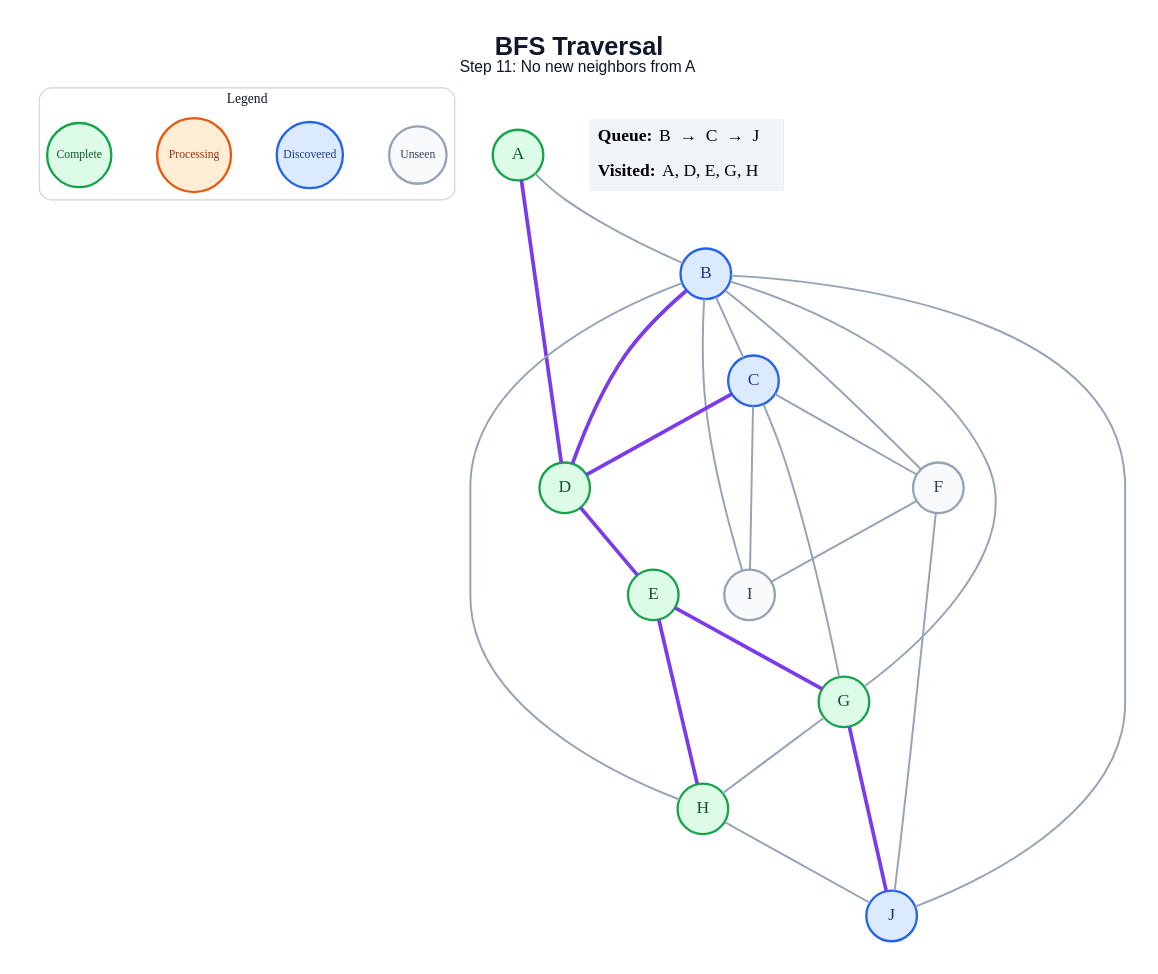
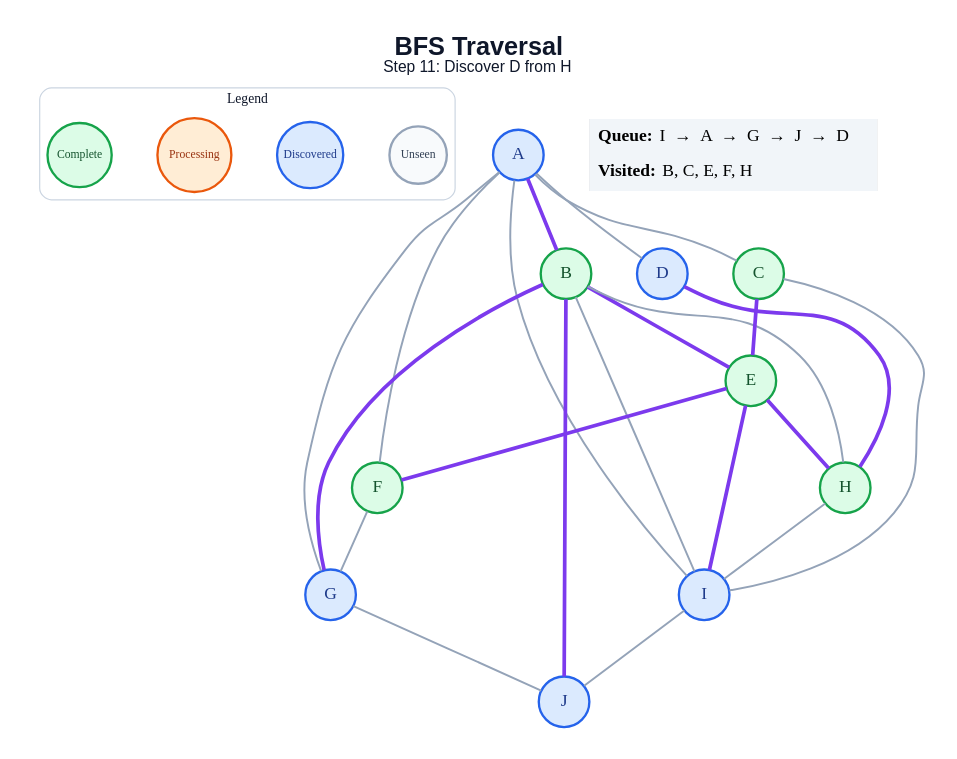
Before and after one commit to amanghodawala9/ai-slop: the diagram in generated/specific-node/bfs/step_11.dot, drawn with Graphviz. The commit also changed 178 other files, not shown here.

```diff
--- a/generated/specific-node/bfs/step_11.dot
+++ b/generated/specific-node/bfs/step_11.dot
@@ -1,50 +1,50 @@
 graph traversal {
   graph [layout=dot, rankdir=TB, bgcolor="#FFFFFF", pad="0.35", nodesep="0.65", ranksep="0.8", fontname="Arial"];
   node [shape=circle, style="filled", fontname="Arial Bold", fontsize=18, width=0.72, fixedsize=true, penwidth=2.4];
   edge [color="#94A3B8", penwidth=2.0];
-  label=<<B>BFS Traversal</B><BR/><FONT POINT-SIZE="16">Step 11: No new neighbors from A</FONT>>; labelloc="t"; fontsize=26; fontname="Arial"; fontcolor="#0F172A";
+  label=<<B>BFS Traversal</B><BR/><FONT POINT-SIZE="16">Step 11: Discover D from H</FONT>>; labelloc="t"; fontsize=26; fontname="Arial"; fontcolor="#0F172A";
   subgraph cluster_legend { label="Legend"; color="#CBD5E1"; penwidth=1.2; style="rounded"; fontsize=14; fontname="Arial Bold";
     key_unseen [label="Unseen", fillcolor="#F8FAFC", color="#94A3B8", fontcolor="#334155", fontsize=12, width=0.82];
     key_frontier [label="Discovered", fillcolor="#DBEAFE", color="#2563EB", fontcolor="#1E3A8A", fontsize=12, width=0.95];
     key_current [label="Processing", fillcolor="#FFEDD5", color="#EA580C", fontcolor="#9A3412", fontsize=12, width=1.05];
     key_done [label="Complete", fillcolor="#DCFCE7", color="#16A34A", fontcolor="#14532D", fontsize=12, width=0.92];
     { rank=same; key_unseen; key_frontier; key_current; key_done; }
   }
-  A [fillcolor="#DCFCE7", color="#16A34A", fontcolor="#14532D"];
-  B [fillcolor="#DBEAFE", color="#2563EB", fontcolor="#1E3A8A"];
-  C [fillcolor="#DBEAFE", color="#2563EB", fontcolor="#1E3A8A"];
-  D [fillcolor="#DCFCE7", color="#16A34A", fontcolor="#14532D"];
+  A [fillcolor="#DBEAFE", color="#2563EB", fontcolor="#1E3A8A"];
+  B [fillcolor="#DCFCE7", color="#16A34A", fontcolor="#14532D"];
+  C [fillcolor="#DCFCE7", color="#16A34A", fontcolor="#14532D"];
+  D [fillcolor="#DBEAFE", color="#2563EB", fontcolor="#1E3A8A"];
   E [fillcolor="#DCFCE7", color="#16A34A", fontcolor="#14532D"];
-  F [fillcolor="#F8FAFC", color="#94A3B8", fontcolor="#334155"];
-  G [fillcolor="#DCFCE7", color="#16A34A", fontcolor="#14532D"];
+  F [fillcolor="#DCFCE7", color="#16A34A", fontcolor="#14532D"];
+  G [fillcolor="#DBEAFE", color="#2563EB", fontcolor="#1E3A8A"];
   H [fillcolor="#DCFCE7", color="#16A34A", fontcolor="#14532D"];
-  I [fillcolor="#F8FAFC", color="#94A3B8", fontcolor="#334155"];
+  I [fillcolor="#DBEAFE", color="#2563EB", fontcolor="#1E3A8A"];
   J [fillcolor="#DBEAFE", color="#2563EB", fontcolor="#1E3A8A"];
-  A -- B;
-  A -- D [color="#7C3AED", penwidth=3.8];
-  B -- C;
-  B -- D [color="#7C3AED", penwidth=3.8];
-  B -- F;
-  B -- G;
+  A -- B [color="#7C3AED", penwidth=3.8];
+  A -- C;
+  A -- D;
+  A -- F;
+  A -- G;
+  A -- I;
+  B -- E [color="#7C3AED", penwidth=3.8];
+  B -- G [color="#7C3AED", penwidth=3.8];
   B -- H;
   B -- I;
-  B -- J;
-  C -- D [color="#7C3AED", penwidth=3.8];
-  C -- F;
-  C -- G;
+  B -- J [color="#7C3AED", penwidth=3.8];
+  C -- E [color="#7C3AED", penwidth=3.8];
   C -- I;
-  D -- E [color="#7C3AED", penwidth=3.8];
-  E -- G [color="#7C3AED", penwidth=3.8];
+  D -- H [color="#7C3AED", penwidth=3.8];
+  E -- F [color="#7C3AED", penwidth=3.8];
   E -- H [color="#7C3AED", penwidth=3.8];
-  F -- I;
-  F -- J;
-  G -- H;
-  G -- J [color="#7C3AED", penwidth=3.8];
-  H -- J;
+  E -- I [color="#7C3AED", penwidth=3.8];
+  F -- G;
+  G -- J;
+  H -- I;
+  I -- J;
   status [shape=plain, fixedsize=false, width=0, height=0, margin=0, label=<
     <TABLE BORDER="0" CELLBORDER="0" CELLPADDING="7" BGCOLOR="#F1F5F9">
-      <TR><TD ALIGN="LEFT"><B>Queue:</B> B  →  C  →  J</TD></TR>
-      <TR><TD ALIGN="LEFT"><B>Visited:</B> A, D, E, G, H</TD></TR>
+      <TR><TD ALIGN="LEFT"><B>Queue:</B> I  →  A  →  G  →  J  →  D</TD></TR>
+      <TR><TD ALIGN="LEFT"><B>Visited:</B> B, C, E, F, H</TD></TR>
     </TABLE>
   >];
 }
```
